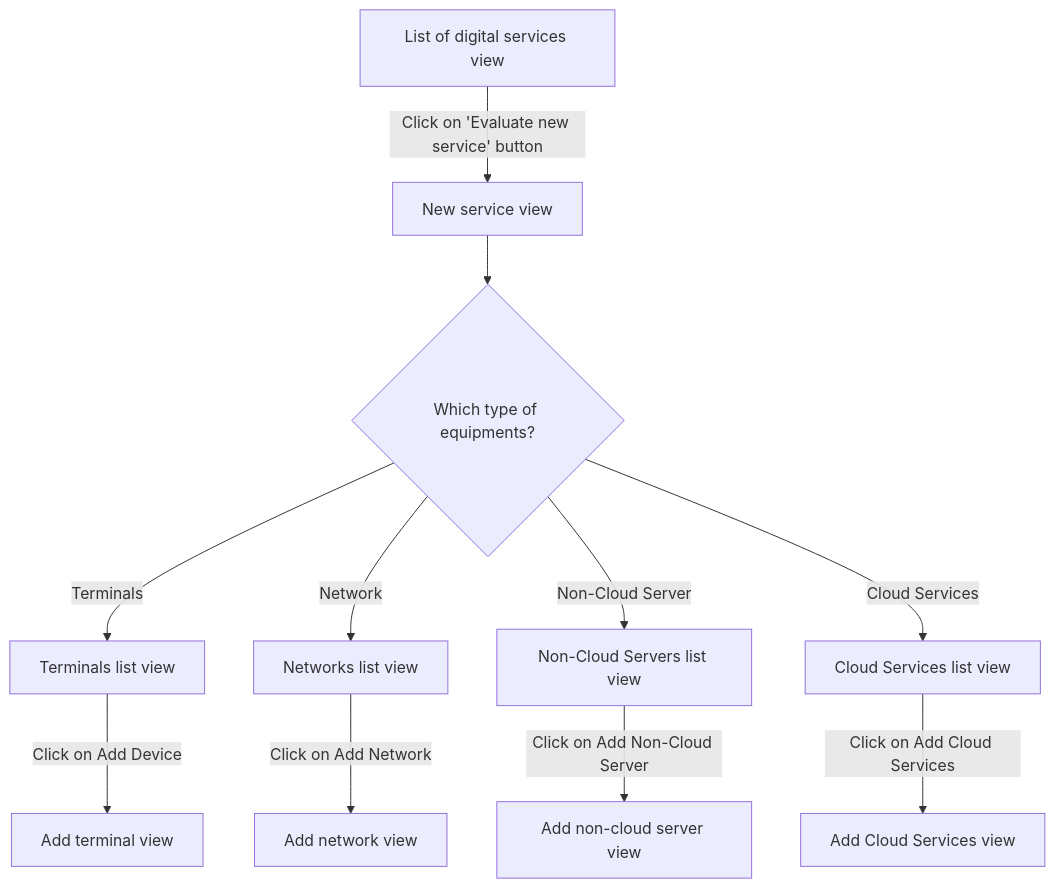
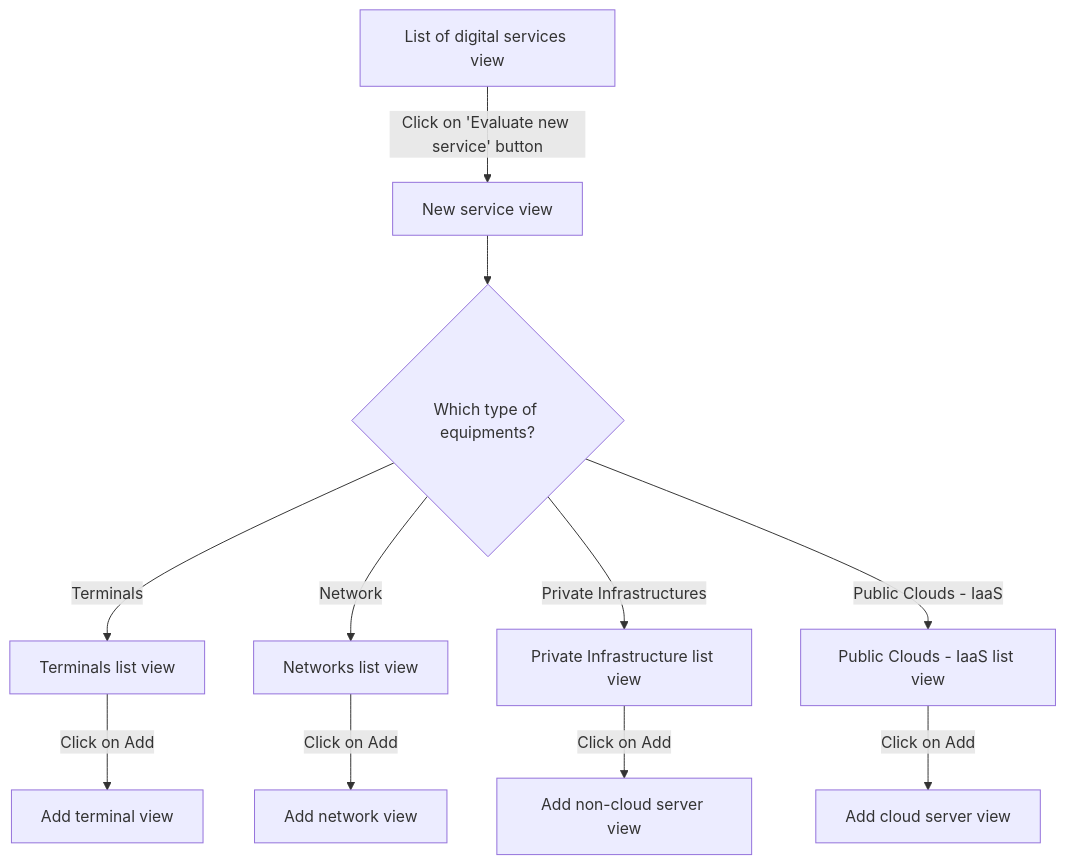
The first of 2 diagrams in services/documentation/content/2-functional-documentation/use_cases/uc_digital_services/uc1_visualize_digital_services.md (teamg4it/g4it), drawn with Mermaid before and after one commit. The commit also changed 51 other files, not shown here.

```diff
--- a/services/documentation/content/2-functional-documentation/use_cases/uc_digital_services/uc1_visualize_digital_services.md
+++ b/services/documentation/content/2-functional-documentation/use_cases/uc_digital_services/uc1_visualize_digital_services.md
@@ -29,12 +29,12 @@
 {{< mermaid align="center">}}
 graph TD;
 Step1[List of digital services view] -->|Click on 'Evaluate new service' button| Step2[New service view] -->Decision1{Which type of equipments?}
 Decision1 -->|Terminals| Step3[Terminals list view]
 Decision1 -->|Network| Step4[Networks list view]
-Decision1 -->|Non-Cloud Server| Step5[Non-Cloud Servers list view]
-Decision1 -->|Cloud Services| Step9[Cloud Services list view]
-Step3 -->|Click on Add Device|Step6[Add terminal view]
-Step4 -->|Click on Add Network|Step7[Add network view]
-Step5 -->|Click on Add Non-Cloud Server|Step8[Add non-cloud server view]
-Step9 -->|Click on Add Cloud Services|Step81[Add Cloud Services view]
+Decision1 -->|Private Infrastructures| Step5[Private Infrastructure list view]
+Decision1 -->|Public Clouds - IaaS| Step9[Public Clouds - IaaS list view]
+Step3 -->|Click on Add|Step6[Add terminal view]
+Step4 -->|Click on Add|Step7[Add network view]
+Step5 -->|Click on Add|Step8[Add non-cloud server view]
+Step9 -->|Click on Add|Step81[Add cloud server view]
 {{< /mermaid >}}
```
